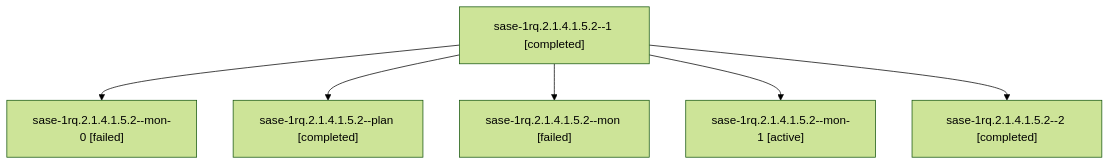
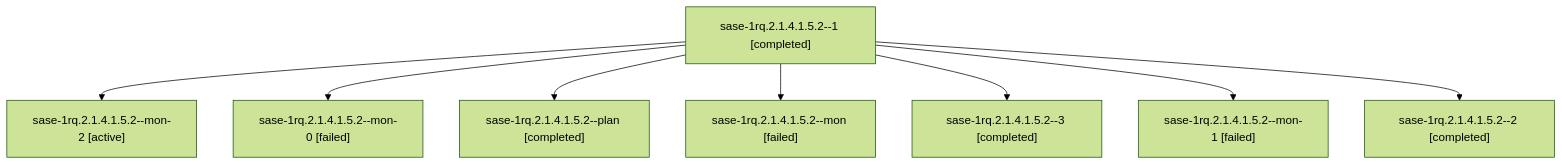
The diagram in sessions/bbugyi200.athena.sase-1rq.2.1.4.1.5.2.md (sase-org/sase--agents), drawn with Mermaid (forest theme) before and after one commit. The commit also changed other lines of this file and 158 other files, not shown here.

````diff
--- a/sessions/bbugyi200.athena.sase-1rq.2.1.4.1.5.2.md
+++ b/sessions/bbugyi200.athena.sase-1rq.2.1.4.1.5.2.md
@@ -9,14 +9,18 @@
 ```mermaid
 flowchart TD
   n0["sase-1rq.2.1.4.1.5.2--1 [completed]"]
-  n1["sase-1rq.2.1.4.1.5.2--mon-0 [failed]"]
+  n1["sase-1rq.2.1.4.1.5.2--mon-2 [active]"]
   n0 --> n1
-  n2["sase-1rq.2.1.4.1.5.2--plan [completed]"]
+  n2["sase-1rq.2.1.4.1.5.2--mon-0 [failed]"]
   n0 --> n2
-  n3["sase-1rq.2.1.4.1.5.2--mon [failed]"]
+  n3["sase-1rq.2.1.4.1.5.2--plan [completed]"]
   n0 --> n3
-  n4["sase-1rq.2.1.4.1.5.2--mon-1 [active]"]
+  n4["sase-1rq.2.1.4.1.5.2--mon [failed]"]
   n0 --> n4
-  n5["sase-1rq.2.1.4.1.5.2--2 [completed]"]
+  n5["sase-1rq.2.1.4.1.5.2--3 [completed]"]
   n0 --> n5
+  n6["sase-1rq.2.1.4.1.5.2--mon-1 [failed]"]
+  n0 --> n6
+  n7["sase-1rq.2.1.4.1.5.2--2 [completed]"]
+  n0 --> n7
 ```
````
